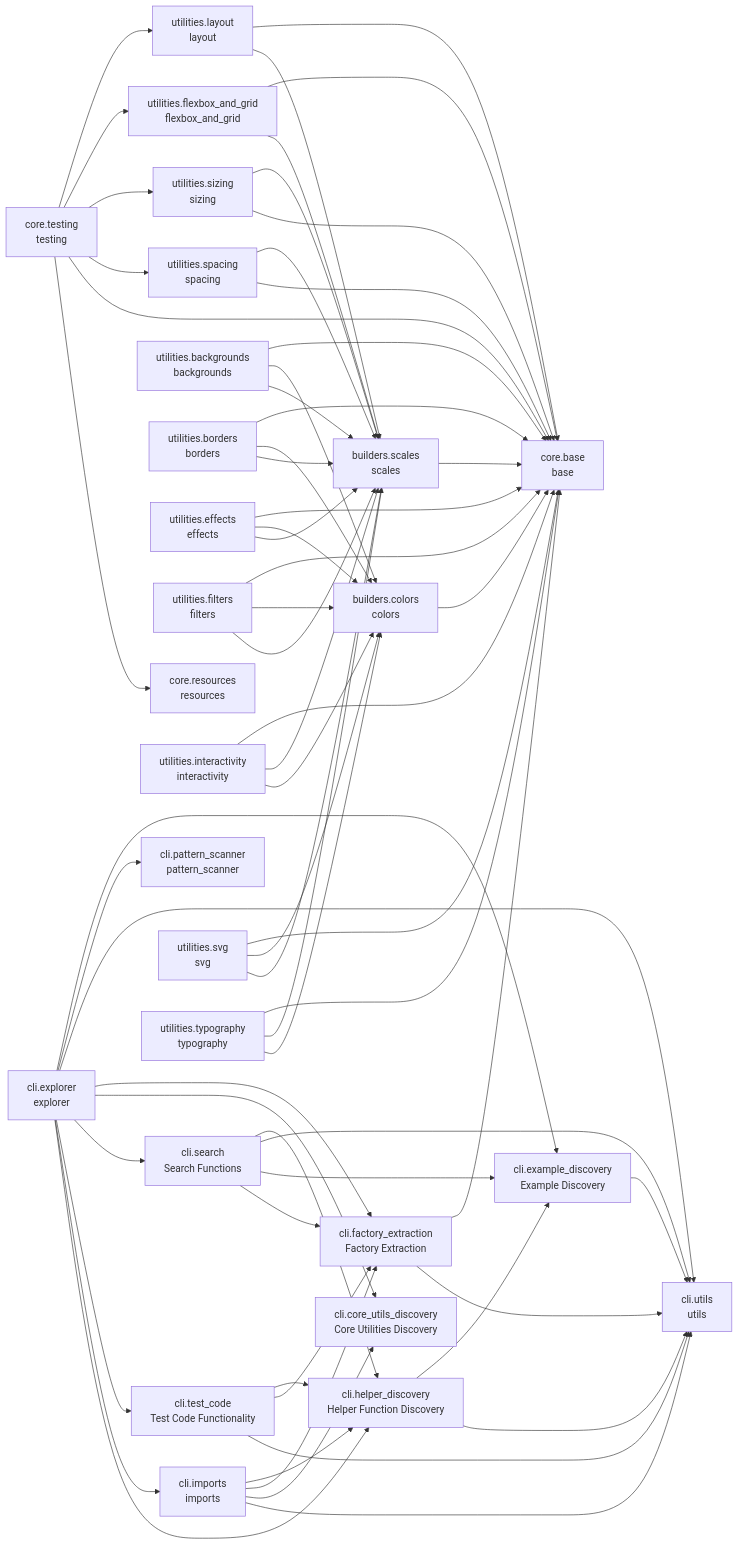
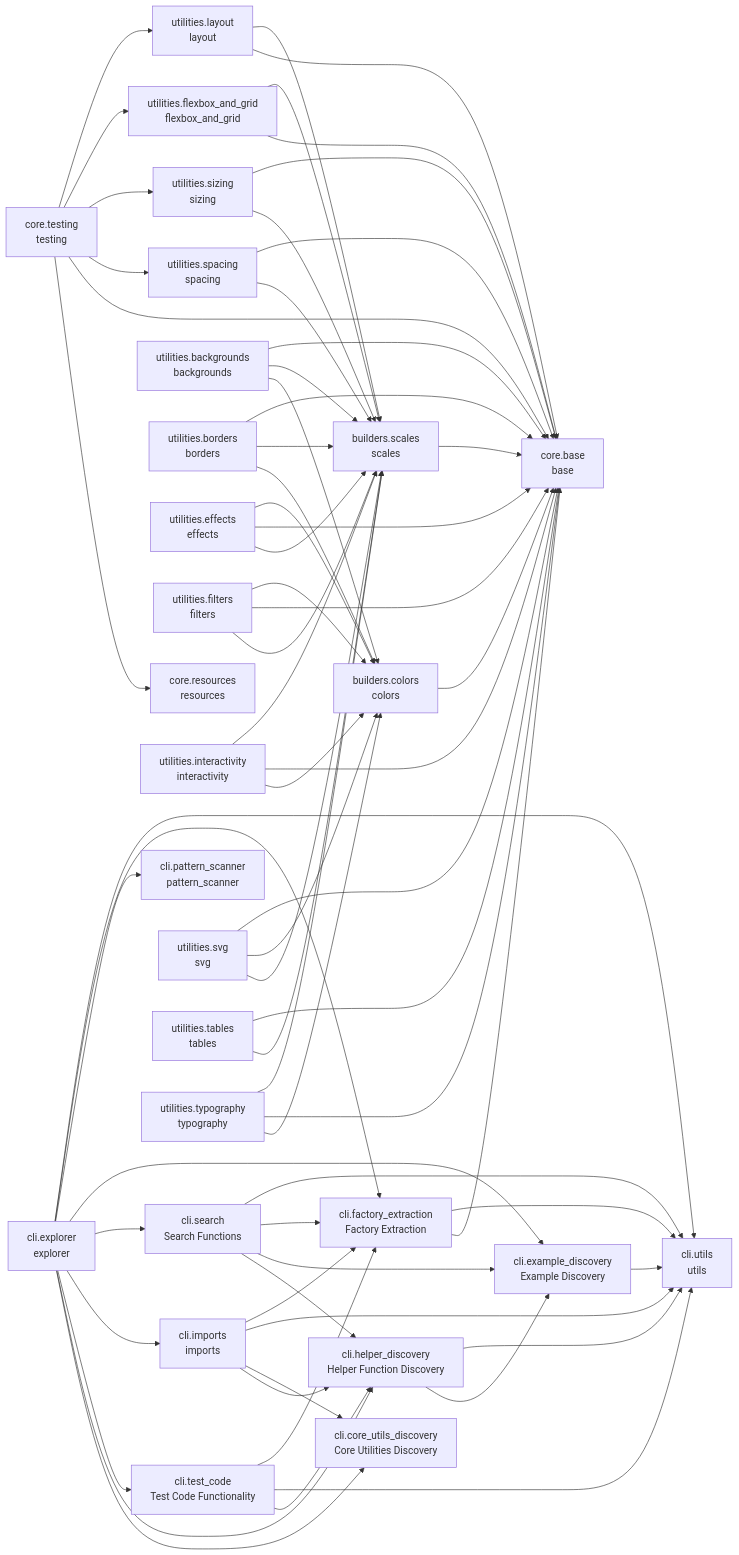
One commit to cj-mills/cjm-fasthtml-tailwind changed the diagram in README.md. Above: the diagram before and after it, drawn with Mermaid. The commit also changed other lines of this file and 6 other files, not shown here.

Commit message:
Implement tables utilities.

````diff
--- a/README.md
+++ b/README.md
@@ -74,35 +75,36 @@
     utilities_sizing[utilities.sizing<br/>sizing]
     utilities_spacing[utilities.spacing<br/>spacing]
     utilities_svg[utilities.svg<br/>svg]
+    utilities_tables[utilities.tables<br/>tables]
     utilities_typography[utilities.typography<br/>typography]
 
     builders_colors --> core_base
     builders_scales --> core_base
     cli_example_discovery --> cli_utils
-    cli_explorer --> cli_example_discovery
-    cli_explorer --> cli_pattern_scanner
     cli_explorer --> cli_utils
     cli_explorer --> cli_factory_extraction
+    cli_explorer --> cli_pattern_scanner
+    cli_explorer --> cli_example_discovery
+    cli_explorer --> cli_search
+    cli_explorer --> cli_imports
+    cli_explorer --> cli_test_code
+    cli_explorer --> cli_helper_discovery
     cli_explorer --> cli_core_utils_discovery
-    cli_explorer --> cli_search
-    cli_explorer --> cli_test_code
-    cli_explorer --> cli_imports
-    cli_explorer --> cli_helper_discovery
+    cli_factory_extraction --> cli_utils
     cli_factory_extraction --> core_base
-    cli_factory_extraction --> cli_utils
+    cli_helper_discovery --> cli_utils
     cli_helper_discovery --> cli_example_discovery
-    cli_helper_discovery --> cli_utils
+    cli_imports --> cli_factory_extraction
+    cli_imports --> cli_utils
+    cli_imports --> cli_core_utils_discovery
     cli_imports --> cli_helper_discovery
-    cli_imports --> cli_factory_extraction
-    cli_imports --> cli_core_utils_discovery
-    cli_imports --> cli_utils
+    cli_search --> cli_utils
+    cli_search --> cli_factory_extraction
+    cli_search --> cli_example_discovery
     cli_search --> cli_helper_discovery
-    cli_search --> cli_utils
-    cli_search --> cli_example_discovery
-    cli_search --> cli_factory_extraction
-    cli_test_code --> cli_helper_discovery
     cli_test_code --> cli_factory_extraction
     cli_test_code --> cli_utils
+    cli_test_code --> cli_helper_discovery
     core_testing --> utilities_layout
     core_testing --> utilities_flexbox_and_grid
     core_testing --> utilities_sizing
@@ -110,32 +112,34 @@
     core_testing --> core_base
     core_testing --> core_resources
     utilities_backgrounds --> core_base
+    utilities_backgrounds --> builders_scales
     utilities_backgrounds --> builders_colors
-    utilities_backgrounds --> builders_scales
     utilities_borders --> core_base
+    utilities_borders --> builders_scales
     utilities_borders --> builders_colors
-    utilities_borders --> builders_scales
+    utilities_effects --> builders_colors
     utilities_effects --> core_base
-    utilities_effects --> builders_colors
     utilities_effects --> builders_scales
+    utilities_filters --> builders_colors
     utilities_filters --> core_base
-    utilities_filters --> builders_colors
     utilities_filters --> builders_scales
+    utilities_flexbox_and_grid --> builders_scales
     utilities_flexbox_and_grid --> core_base
-    utilities_flexbox_and_grid --> builders_scales
+    utilities_interactivity --> builders_scales
     utilities_interactivity --> core_base
-    utilities_interactivity --> builders_scales
     utilities_interactivity --> builders_colors
+    utilities_layout --> builders_scales
     utilities_layout --> core_base
-    utilities_layout --> builders_scales
+    utilities_sizing --> core_base
     utilities_sizing --> builders_scales
-    utilities_sizing --> core_base
+    utilities_spacing --> core_base
     utilities_spacing --> builders_scales
-    utilities_spacing --> core_base
     utilities_svg --> core_base
     utilities_svg --> builders_colors
     utilities_svg --> builders_scales
+    utilities_tables --> core_base
+    utilities_tables --> builders_scales
+    utilities_typography --> builders_scales
     utilities_typography --> core_base
-    utilities_typography --> builders_scales
     utilities_typography --> builders_colors
 ```
````
